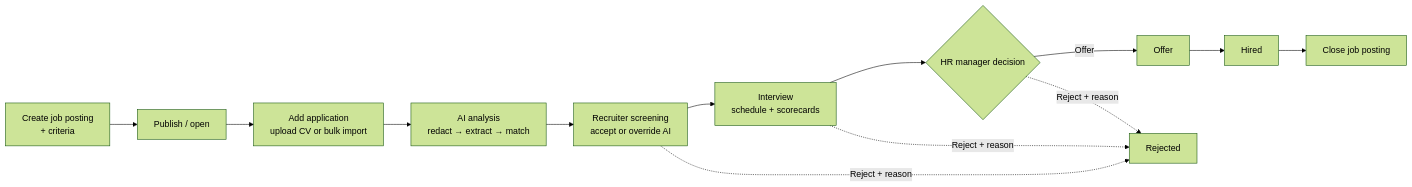
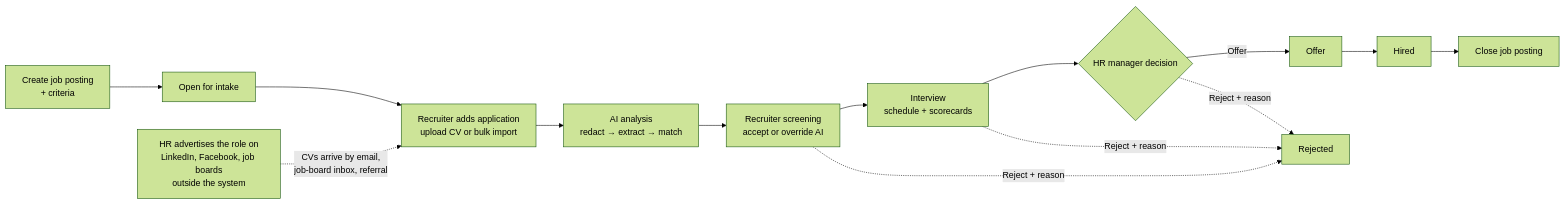
Before and after one commit to duongk18FPTU/recruitment-ats: the diagram in docs/01-research-top-down.md, drawn with Mermaid (forest theme). The commit also changed other lines of this file and 3 other files, not shown here.

````diff
--- a/docs/01-research-top-down.md
+++ b/docs/01-research-top-down.md
@@ -68,15 +68,16 @@
 ```mermaid
 flowchart LR
-    A[Create job posting<br/>+ criteria] --> B[Publish / open]
-    B --> C[Add application<br/>upload CV or bulk import]
+    A[Create job posting<br/>+ criteria] --> B[Open for intake]
+    X[HR advertises the role on<br/>LinkedIn, Facebook, job boards<br/>outside the system] -.->|CVs arrive by email,<br/>job-board inbox, referral| C
+    B --> C[Recruiter adds application<br/>upload CV or bulk import]
     C --> D[AI analysis<br/>redact → extract → match]
     D --> E[Recruiter screening<br/>accept or override AI]
     E --> F[Interview<br/>schedule + scorecards]
     F --> G{HR manager decision}
     G -->|Offer| H[Offer]
     H --> I[Hired]
     E -.->|Reject + reason| R[Rejected]
     F -.->|Reject + reason| R
     G -.->|Reject + reason| R
     I --> J[Close job posting]
 ```
````
